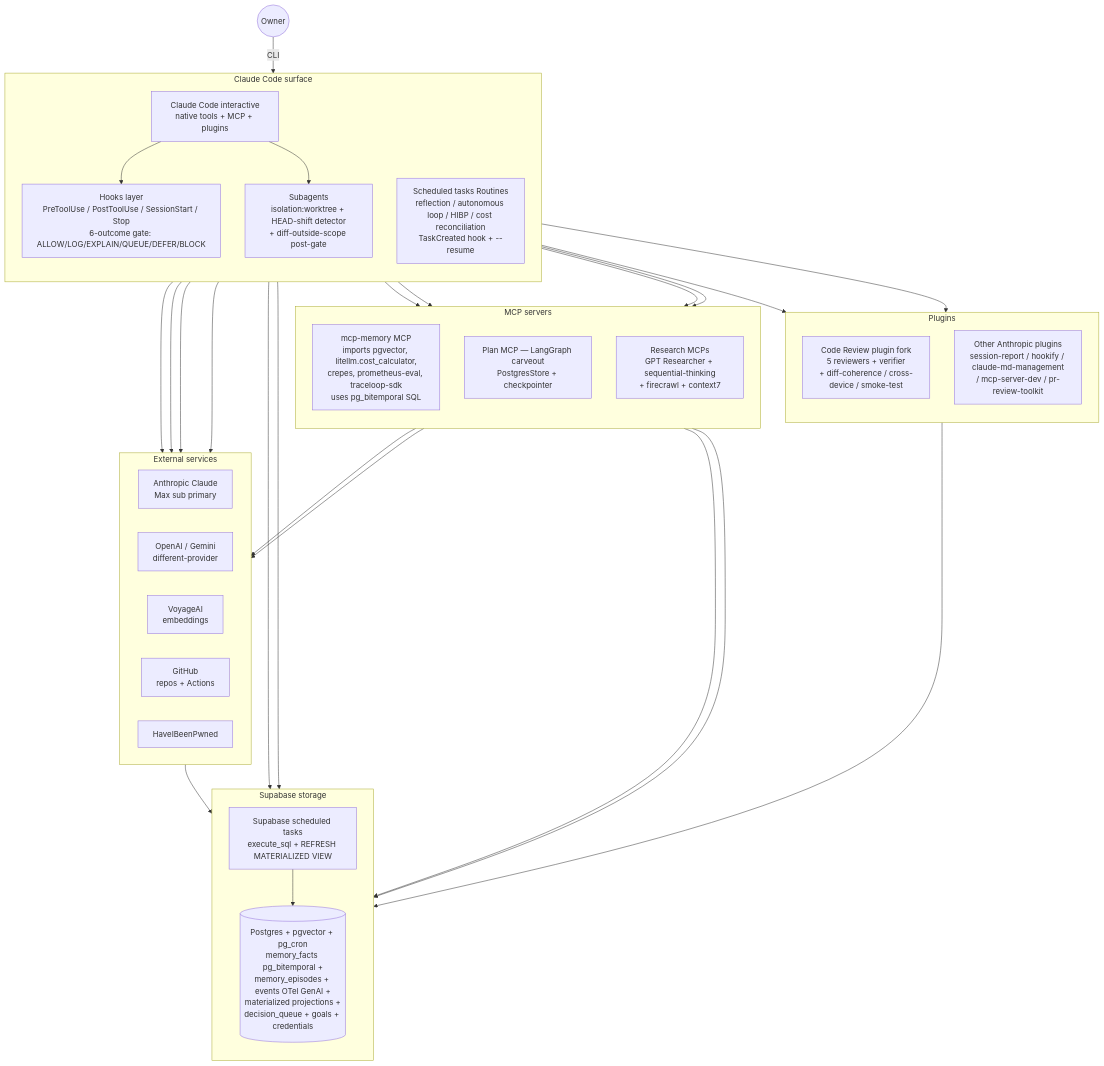
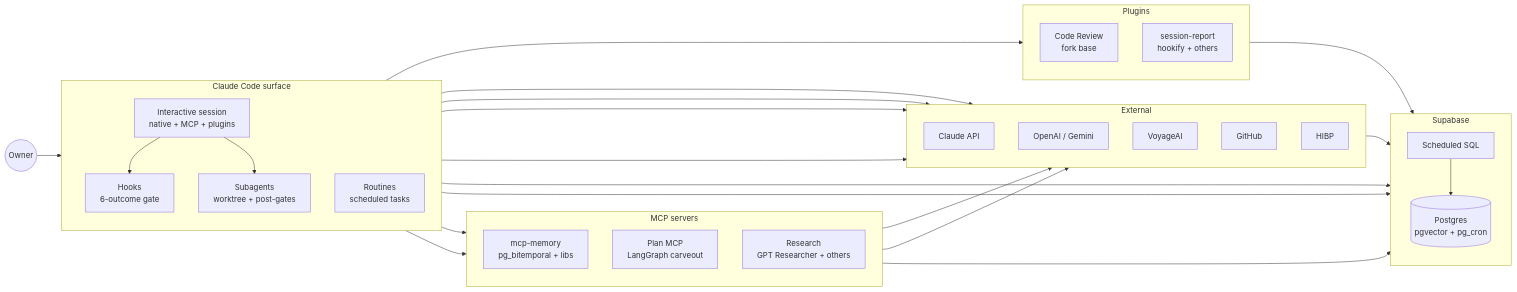
Before and after one commit to Osasuwu/jarvis: the second of 4 diagrams in docs/design/jarvis-architecture-c4.md, drawn with Mermaid. The commit also changed other lines of this file and 3 other files, not shown here.

````diff
--- a/docs/design/jarvis-architecture-c4.md
+++ b/docs/design/jarvis-architecture-c4.md
@@ -41,66 +31,61 @@
 ```mermaid
-flowchart TB
+flowchart LR
     owner((Owner))
 
     subgraph SURFACE[Claude Code surface]
         direction TB
-        claude_code[Claude Code interactive<br/>native tools + MCP + plugins]
-        hooks[Hooks layer<br/>PreToolUse / PostToolUse / SessionStart / Stop<br/>6-outcome gate: ALLOW/LOG/EXPLAIN/QUEUE/DEFER/BLOCK]
-        subagents[Subagents<br/>isolation:worktree + HEAD-shift detector<br/>+ diff-outside-scope post-gate]
-        scheduled[Scheduled tasks Routines<br/>reflection / autonomous loop / HIBP / cost reconciliation<br/>TaskCreated hook + --resume]
+        claude_code[Interactive session<br/>native + MCP + plugins]
+        scheduled[Routines<br/>scheduled tasks]
+        hooks[Hooks<br/>6-outcome gate]
+        subagents[Subagents<br/>worktree + post-gates]
     end
 
     subgraph PLUGINS[Plugins]
         direction TB
-        plugin_review[Code Review plugin fork<br/>5 reviewers + verifier<br/>+ diff-coherence / cross-device / smoke-test]
-        plugin_misc[Other Anthropic plugins<br/>session-report / hookify / claude-md-management<br/>/ mcp-server-dev / pr-review-toolkit]
+        plugin_review[Code Review<br/>fork base]
+        plugin_misc[session-report<br/>hookify + others]
     end
 
     subgraph MCPS[MCP servers]
         direction TB
-        mcp_memory[mcp-memory MCP<br/>imports pgvector, litellm.cost_calculator,<br/>crepes, prometheus-eval, traceloop-sdk<br/>uses pg_bitemporal SQL]
-        mcp_plan[Plan MCP — LangGraph carveout<br/>PostgresStore + checkpointer]
-        mcp_research[Research MCPs<br/>GPT Researcher + sequential-thinking<br/>+ firecrawl + context7]
+        mcp_memory[mcp-memory<br/>pg_bitemporal + libs]
+        mcp_plan[Plan MCP<br/>LangGraph carveout]
+        mcp_research[Research<br/>GPT Researcher + others]
     end
 
-    subgraph STORAGE[Supabase storage]
+    subgraph STORAGE[Supabase]
         direction TB
-        pg[(Postgres + pgvector + pg_cron<br/>memory_facts pg_bitemporal +<br/>memory_episodes + events OTel GenAI +<br/>materialized projections +<br/>decision_queue + goals + credentials)]
-        cloud_tasks[Supabase scheduled tasks<br/>execute_sql + REFRESH MATERIALIZED VIEW]
+        pg[(Postgres<br/>pgvector + pg_cron)]
+        cloud_tasks[Scheduled SQL]
     end
 
-    subgraph EXT[External services]
-        direction LR
-        claude_api[Anthropic Claude<br/>Max sub primary]
-        other_llm[OpenAI / Gemini<br/>different-provider]
-        voyage[VoyageAI<br/>embeddings]
-        github[GitHub<br/>repos + Actions]
-        hibp[HaveIBeenPwned]
+    subgraph EXT[External]
+        direction TB
+        claude_api[Claude API]
+        other_llm[OpenAI / Gemini]
+        voyage[VoyageAI]
+        github[GitHub]
+        hibp[HIBP]
     end
 
-    owner -->|CLI| claude_code
+    owner --> claude_code
     claude_code --> hooks
     claude_code --> subagents
-    claude_code --> plugin_review
-    claude_code --> plugin_misc
-    claude_code --> mcp_memory
-    claude_code --> mcp_plan
-    claude_code --> mcp_research
+    claude_code --> PLUGINS
+    claude_code --> MCPS
     claude_code --> claude_api
 
+    scheduled --> MCPS
     scheduled --> claude_api
-    scheduled --> mcp_memory
     scheduled --> other_llm
     scheduled --> hibp
 
-    mcp_memory --> pg
+    MCPS --> pg
     mcp_memory --> voyage
-    mcp_plan --> pg
     mcp_research --> voyage
-
+    PLUGINS --> pg
     hooks --> pg
     subagents --> pg
-    plugin_review --> pg
     cloud_tasks --> pg
     github --> pg
 ```
````
